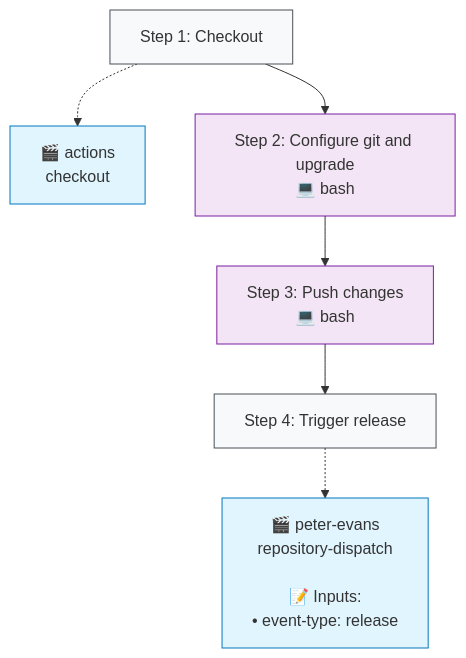
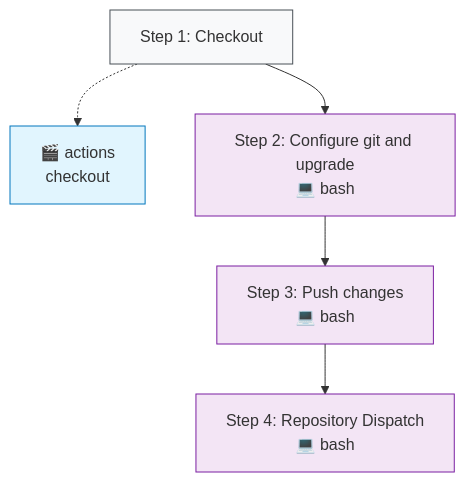
Before and after one commit to http4k/www: the second of 2 diagrams in .github/typeflows/upgrade_http4k/README.md, drawn with Mermaid. The commit also changed 3 other files, not shown here.

````diff
--- a/.github/typeflows/upgrade_http4k/README.md
+++ b/.github/typeflows/upgrade_http4k/README.md
@@ -21,21 +21,18 @@
 ```mermaid
 %%{init: {"flowchart": {"curve": "basis"}}}%%
 flowchart TD
     step1["Step 1: Checkout"]
     style step1 fill:#f8f9fa,stroke:#495057
     action1["🎬 actions<br/>checkout"]
     style action1 fill:#e1f5fe,stroke:#0277bd
     step1 -.-> action1
     step2["Step 2: Configure git and upgrade<br/>💻 bash"]
     style step2 fill:#f3e5f5,stroke:#7b1fa2
     step1 --> step2
     step3["Step 3: Push changes<br/>💻 bash"]
     style step3 fill:#f3e5f5,stroke:#7b1fa2
     step2 --> step3
-    step4["Step 4: Trigger release"]
-    style step4 fill:#f8f9fa,stroke:#495057
-    action4["🎬 peter-evans<br/>repository-dispatch<br/><br/>📝 Inputs:<br/>• event-type: release"]
-    style action4 fill:#e1f5fe,stroke:#0277bd
-    step4 -.-> action4
+    step4["Step 4: Repository Dispatch<br/>💻 bash"]
+    style step4 fill:#f3e5f5,stroke:#7b1fa2
     step3 --> step4
 ```
````
